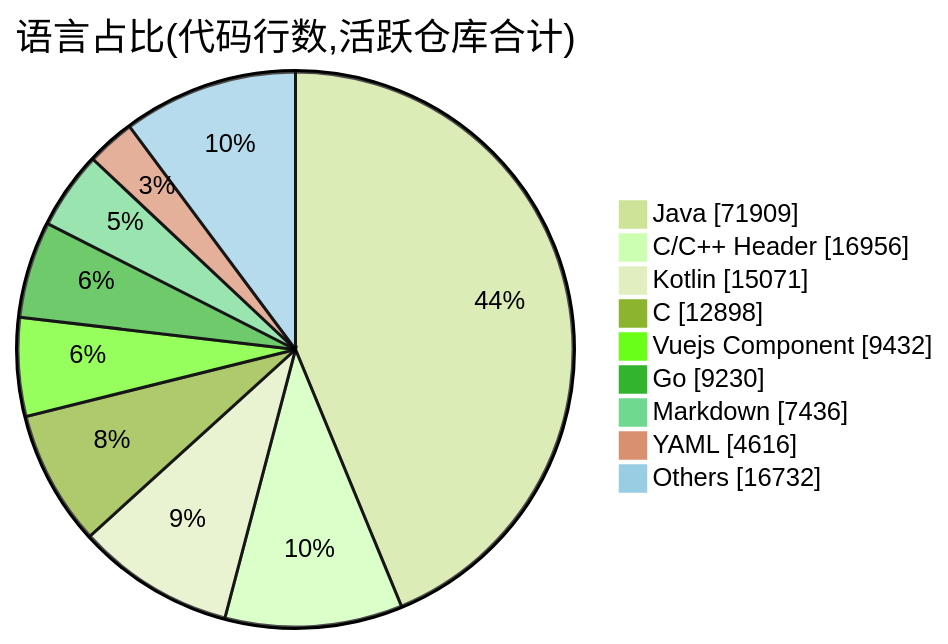
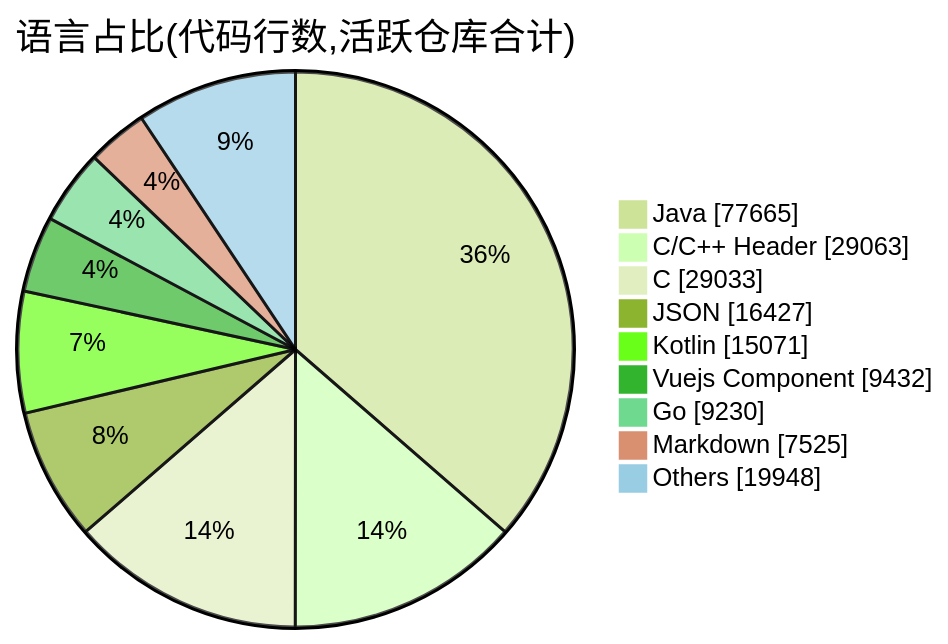
The second of 2 diagrams in profile/README.md (Conflux-Union/.github), drawn with Mermaid (forest theme) before and after one commit. The commit also changed other lines of this file and 1 other file, not shown here.

````diff
--- a/profile/README.md
+++ b/profile/README.md
@@ -74,13 +77,13 @@
 ```mermaid
 pie showData
     title 语言占比(代码行数,活跃仓库合计)
-    "Java" : 71909
-    "C/C++ Header" : 16956
+    "Java" : 77665
+    "C/C++ Header" : 29063
+    "C" : 29033
+    "JSON" : 16427
     "Kotlin" : 15071
-    "C" : 12898
     "Vuejs Component" : 9432
     "Go" : 9230
-    "Markdown" : 7436
-    "YAML" : 4616
-    "Others" : 16732
+    "Markdown" : 7525
+    "Others" : 19948
 ```
````
